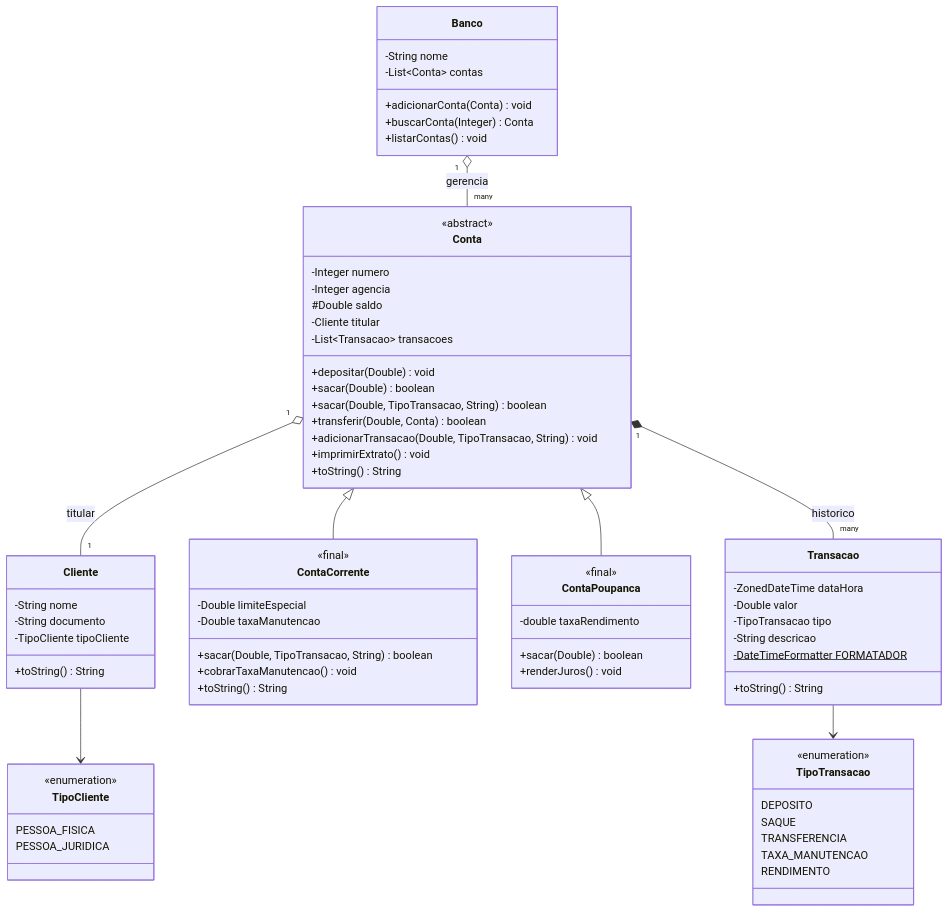
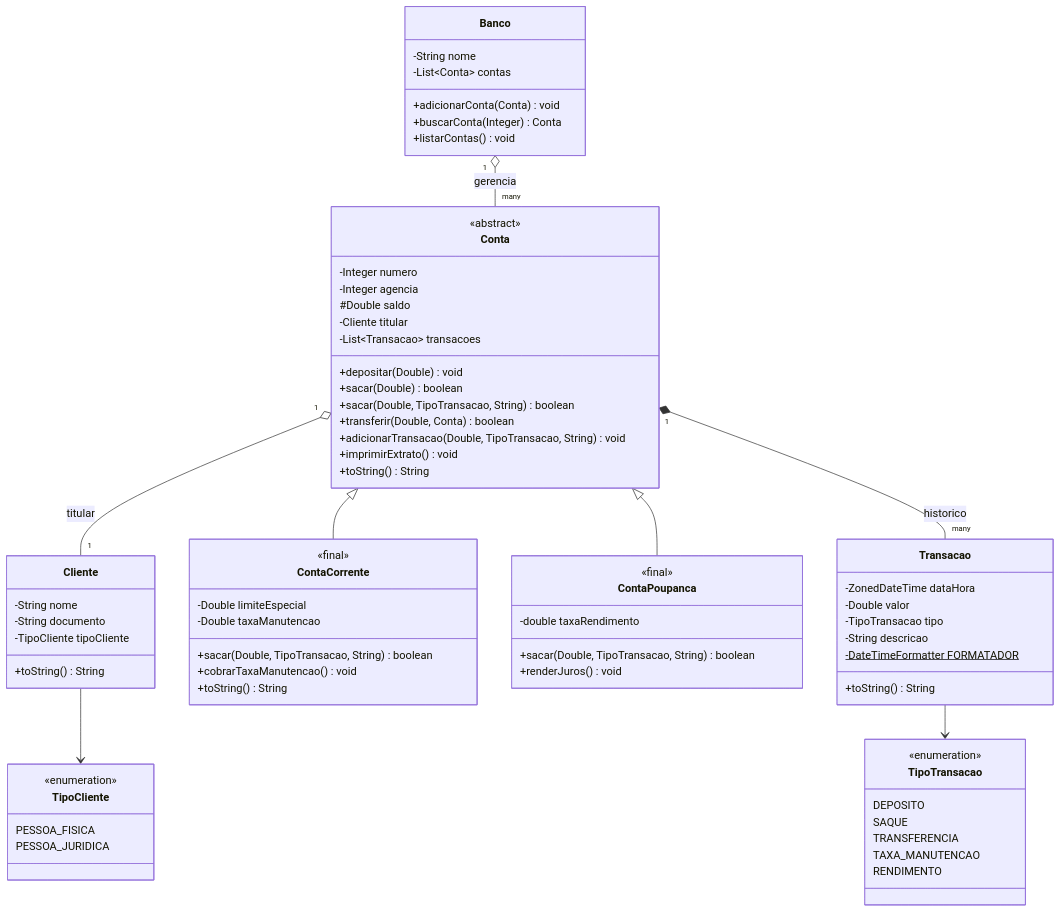
One commit to vitoriagblima/bank-simulator changed the diagram in README.md. Above: the diagram before and after it, drawn with Mermaid. The commit also changed other lines of this file, not shown here.

Commit message:
docs: atualiza diagrama UML e exemplo de output no README (#15)

````diff
--- a/README.md
+++ b/README.md
@@ -115,80 +117,80 @@
 ```mermaid
 classDiagram
     class Cliente {
         -String nome
         -String documento
         -TipoCliente tipoCliente
         +toString() String
     }
 
     class Conta {
         <<abstract>>
         -Integer numero
         -Integer agencia
         #Double saldo
         -Cliente titular
         -List~Transacao~ transacoes
         +depositar(Double) void
         +sacar(Double) boolean
         +sacar(Double, TipoTransacao, String) boolean
         +transferir(Double, Conta) boolean
         +adicionarTransacao(Double, TipoTransacao, String) void
         +imprimirExtrato() void
         +toString() String
     }
 
     class ContaCorrente {
         <<final>>
         -Double limiteEspecial
         -Double taxaManutencao
         +sacar(Double, TipoTransacao, String) boolean
         +cobrarTaxaManutencao() void
         +toString() String
     }
 
     class ContaPoupanca {
         <<final>>
         -double taxaRendimento
-        +sacar(Double) boolean
+        +sacar(Double, TipoTransacao, String) boolean
         +renderJuros() void
     }
 
     class Transacao {
     -ZonedDateTime dataHora
     -Double valor
     -TipoTransacao tipo
     -String descricao
     -DateTimeFormatter FORMATADOR$
     +toString() String
 }
     class Banco {
         -String nome
         -List~Conta~ contas
         +adicionarConta(Conta) void
         +buscarConta(Integer) Conta
         +listarContas() void
     }
 
     class TipoCliente {
         <<enumeration>>
         PESSOA_FISICA
         PESSOA_JURIDICA
     }
 
     class TipoTransacao {
         <<enumeration>>
         DEPOSITO
         SAQUE
         TRANSFERENCIA
         TAXA_MANUTENCAO
         RENDIMENTO
     }
 
     Conta <|-- ContaCorrente
     Conta <|-- ContaPoupanca
     Conta "1" o-- "1" Cliente : titular
     Conta "1" *-- "many" Transacao : historico
     Banco "1" o-- "many" Conta : gerencia
     Cliente --> TipoCliente
     Transacao --> TipoTransacao
 ```
````
